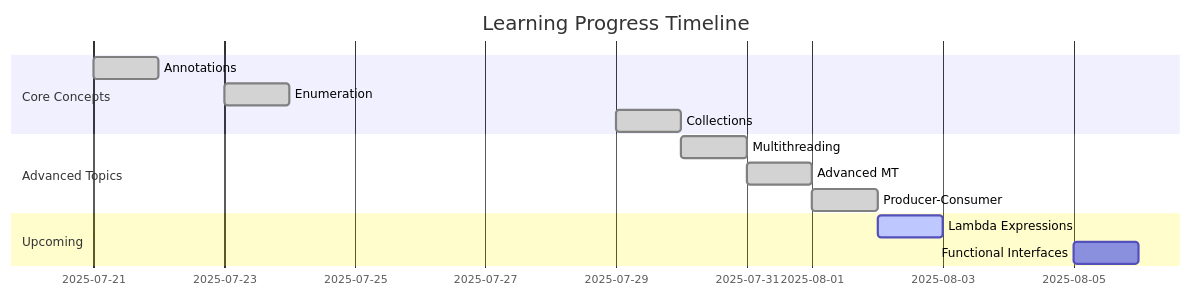
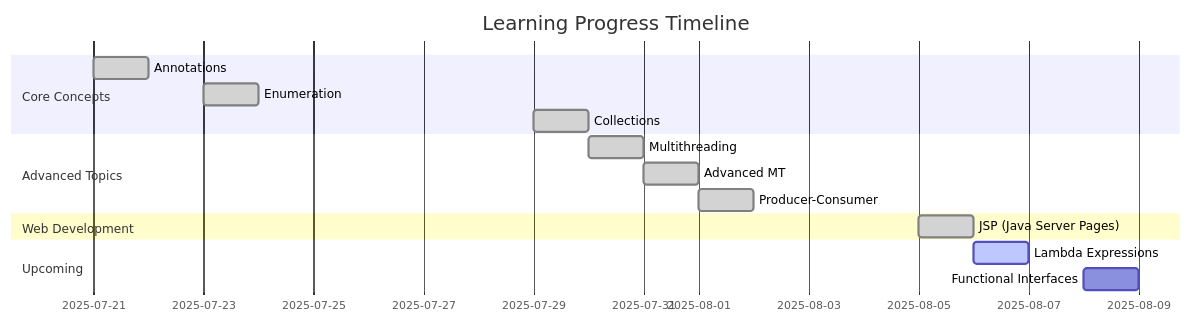
One commit to Piyush64-bit/AdvanceJava-Programs changed the fourth of 6 diagrams in README.md. Above: the diagram before and after it, drawn with Mermaid. The commit also changed other lines of this file and 2 other files, not shown here.

````diff
--- a/README.md
+++ b/README.md
@@ -189,16 +198,18 @@
 ```mermaid
 gantt
     title Learning Progress Timeline
     dateFormat  YYYY-MM-DD
     section Core Concepts
     Annotations        :done, ann, 2025-07-21, 1d
     Enumeration       :done, enum, 2025-07-23, 1d
     Collections       :done, coll, 2025-07-29, 1d
     section Advanced Topics
     Multithreading    :done, mt1, 2025-07-30, 1d
     Advanced MT       :done, mt2, 2025-07-31, 1d
     Producer-Consumer :done, pc, 2025-08-01, 1d
+    section Web Development
+    JSP (Java Server Pages) :done, jsp, 2025-08-05, 1d
     section Upcoming
-    Lambda Expressions :active, lambda, 2025-08-02, 1d
-    Functional Interfaces : fi, 2025-08-05, 1d
+    Lambda Expressions :active, lambda, 2025-08-06, 1d
+    Functional Interfaces : fi, 2025-08-08, 1d
 ```
````
